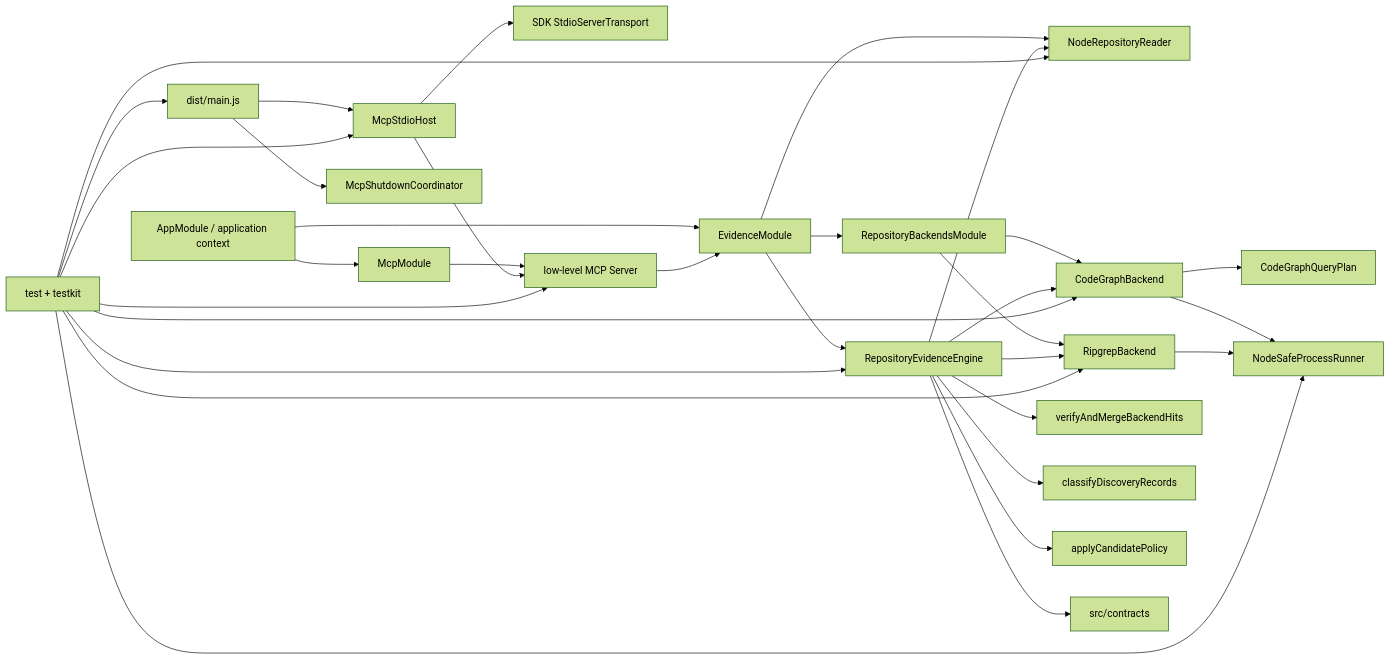
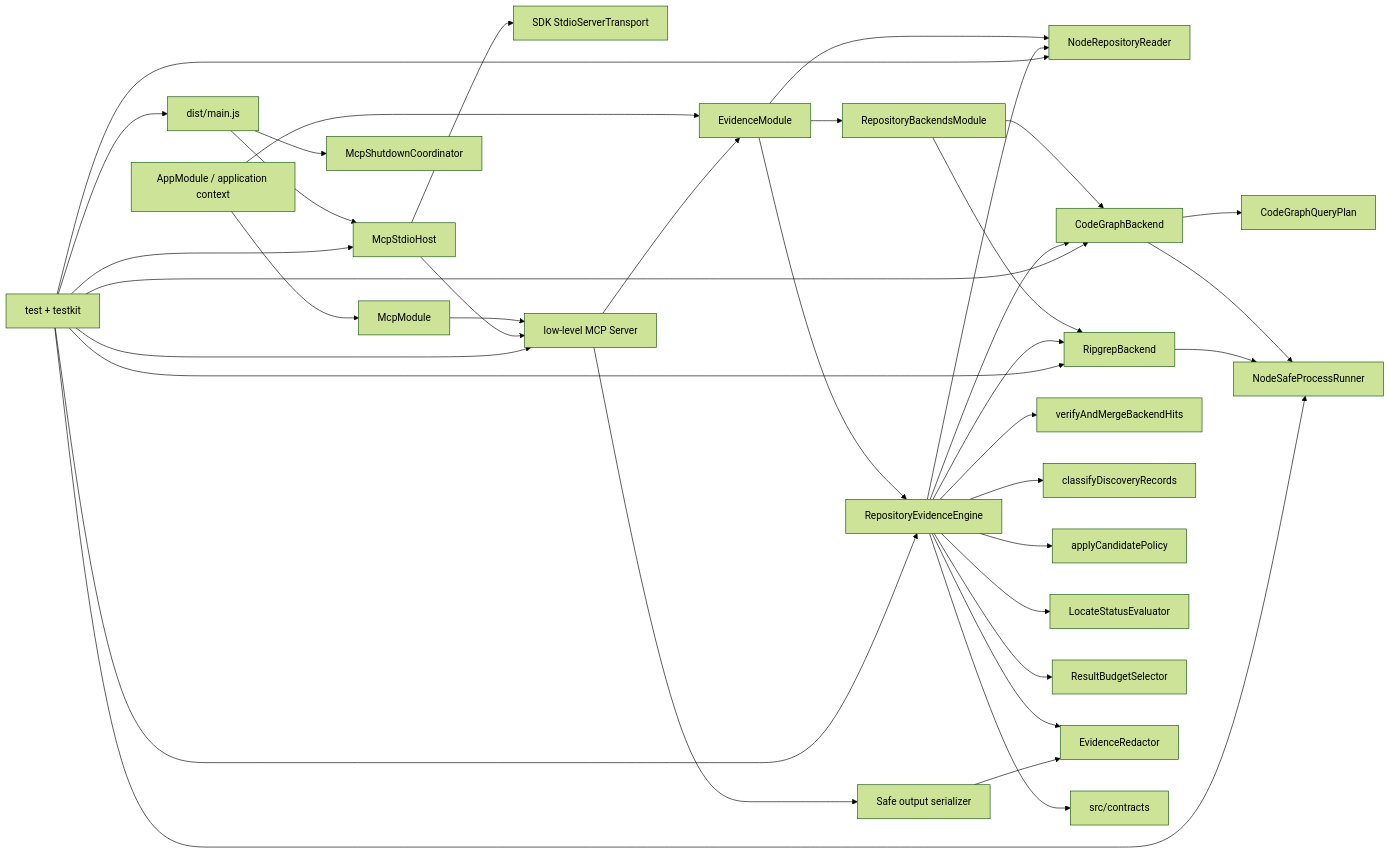
One commit to gchigoo/repo-nav changed the diagram in .codestable/architecture/system-repo-nav-foundation.md. Above: the diagram before and after it, drawn with Mermaid (forest theme). The commit also changed other lines of this file and 46 other files, not shown here.

Commit message:
feat: add evidence output guardrails

````diff
--- a/.codestable/architecture/system-repo-nav-foundation.md
+++ b/.codestable/architecture/system-repo-nav-foundation.md
@@ -39,34 +42,39 @@
 ```mermaid
 flowchart LR
   App["AppModule / application context"] --> Evidence["EvidenceModule"]
   App --> Mcp["McpModule"]
   Entry["dist/main.js"] --> Host["McpStdioHost"]
   Entry --> Shutdown["McpShutdownCoordinator"]
   Host --> Transport["SDK StdioServerTransport"]
   Mcp --> Server["low-level MCP Server"]
   Host --> Server
   Server --> Evidence
   Evidence --> Engine["RepositoryEvidenceEngine"]
   Evidence --> Reader["NodeRepositoryReader"]
   Evidence --> Backends["RepositoryBackendsModule"]
   Backends --> CodeGraph["CodeGraphBackend"]
   Backends --> Ripgrep["RipgrepBackend"]
   CodeGraph --> Planner["CodeGraphQueryPlan"]
   CodeGraph --> Process["NodeSafeProcessRunner"]
   Ripgrep --> Process["NodeSafeProcessRunner"]
   Engine --> CodeGraph
   Engine --> Ripgrep
   Engine --> Reader
   Engine --> Merge["verifyAndMergeBackendHits"]
   Engine --> Classifier["classifyDiscoveryRecords"]
   Engine --> Candidate["applyCandidatePolicy"]
+  Engine --> Status["LocateStatusEvaluator"]
+  Engine --> Budget["ResultBudgetSelector"]
+  Engine --> Redactor["EvidenceRedactor"]
   Engine --> Contracts["src/contracts"]
+  Server --> Serializer["Safe output serializer"]
+  Serializer --> Redactor
   Tests["test + testkit"] --> Engine
   Tests --> CodeGraph
   Tests --> Ripgrep
   Tests --> Reader
   Tests --> Process
   Tests --> Server
   Tests --> Host
   Tests --> Entry
 ```
````
